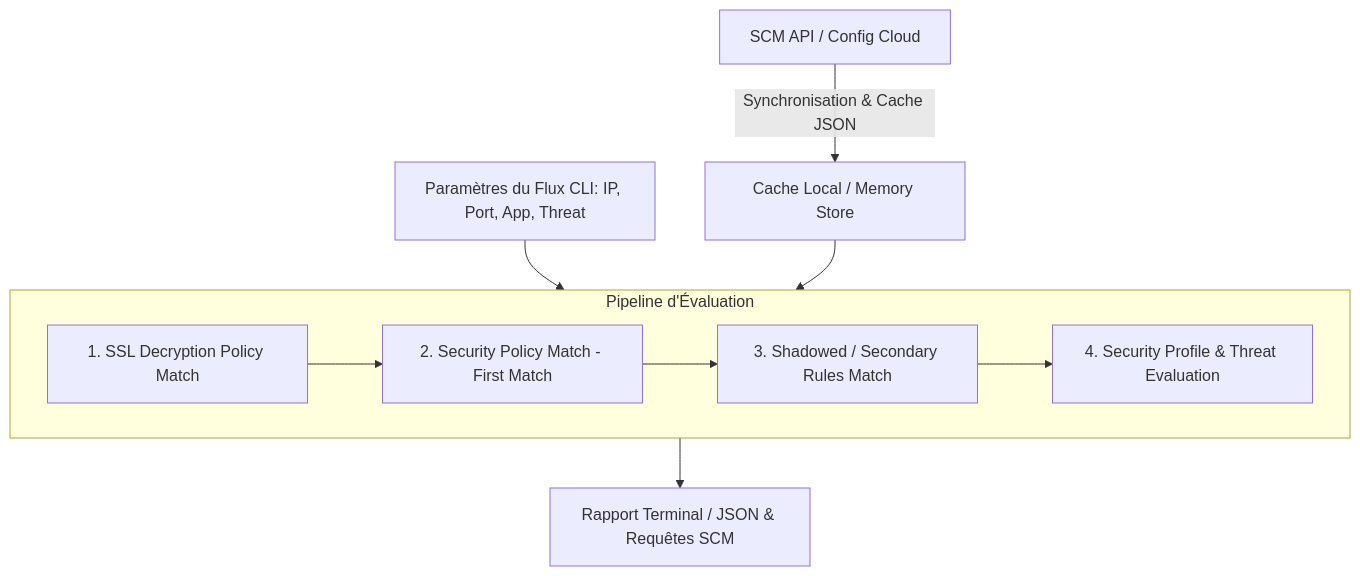
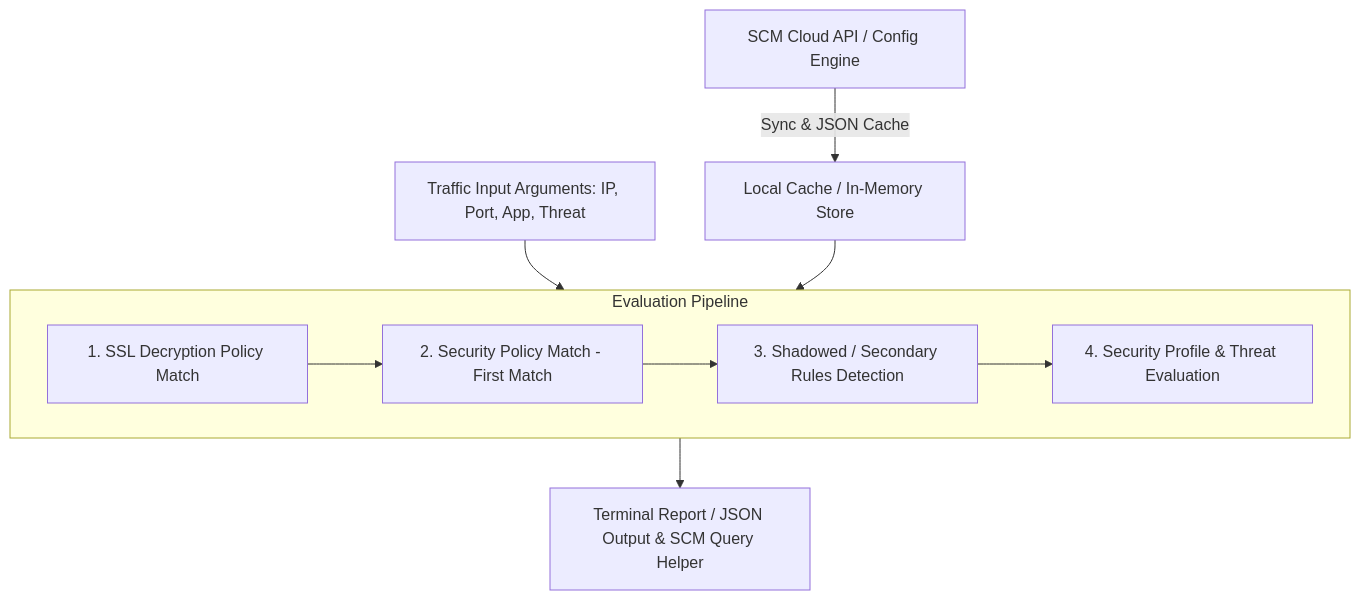
The diagram in docs/scm_traffic_log_viewer.md (jsuzanne/stigix), drawn with Mermaid before and after one commit. The commit also changed other lines of this file, not shown here.

Commit message:
docs: translate scm_traffic_log_viewer documentation to English

````diff
--- a/docs/scm_traffic_log_viewer.md
+++ b/docs/scm_traffic_log_viewer.md
@@ -17,14 +17,14 @@
 ```mermaid
 flowchart TD
-    A[SCM API / Config Cloud] -->|Synchronisation & Cache JSON| B[Cache Local / Memory Store]
-    C[Paramètres du Flux CLI: IP, Port, App, Threat] --> D[Moteur d'Évaluation PAN-OS]
+    A[SCM Cloud API / Config Engine] -->|Sync & JSON Cache| B[Local Cache / In-Memory Store]
+    C[Traffic Input Arguments: IP, Port, App, Threat] --> D[PAN-OS Evaluation Engine]
     B --> D
     
-    subgraph D [Pipeline d'Évaluation]
+    subgraph D [Evaluation Pipeline]
         D1[1. SSL Decryption Policy Match] --> D2[2. Security Policy Match - First Match]
-        D2 --> D3[3. Shadowed / Secondary Rules Match]
+        D2 --> D3[3. Shadowed / Secondary Rules Detection]
         D3 --> D4[4. Security Profile & Threat Evaluation]
     end
     
-    D --> E[Rapport Terminal / JSON & Requêtes SCM]
+    D --> E[Terminal Report / JSON Output & SCM Query Helper]
 ```
````
